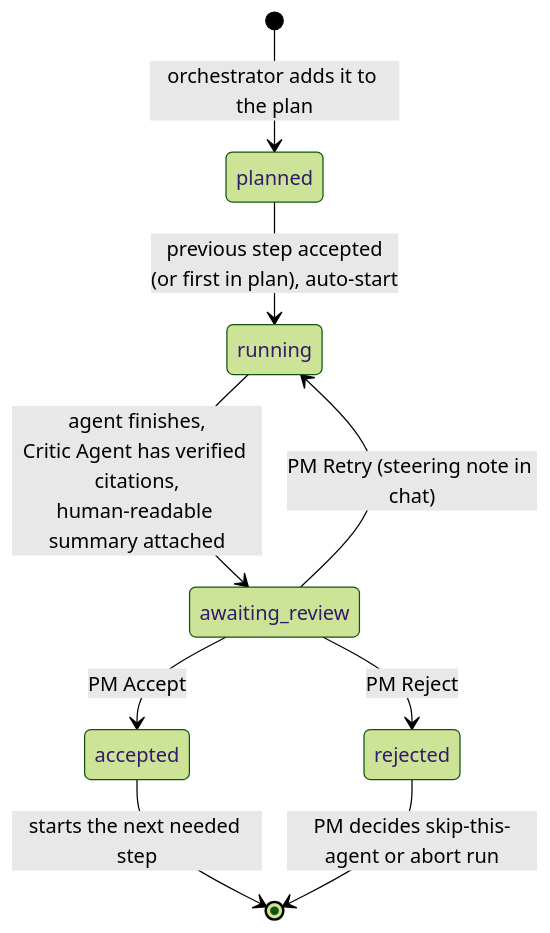
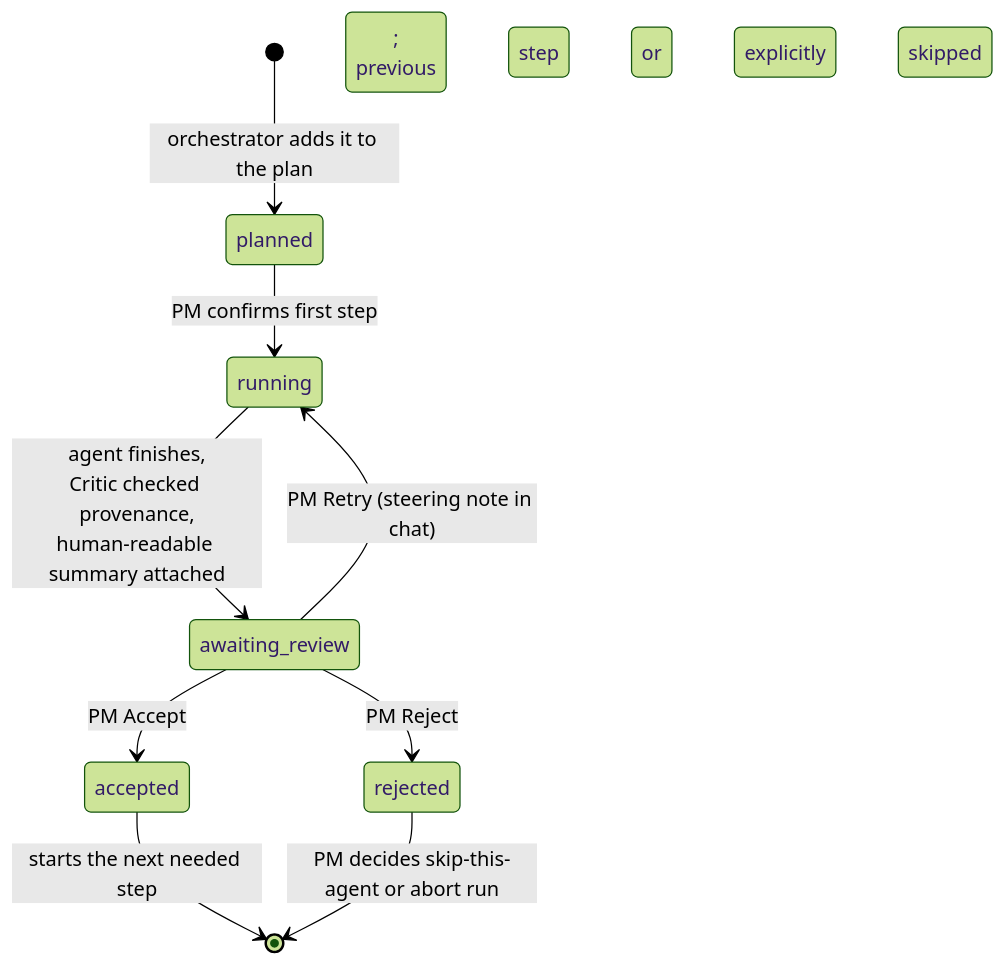
One commit to gabrielhansmann/attention_is_all_we_have changed the first of 2 diagrams in docs/architecture/02-orchestration-and-human-in-the-loop.md. Above: the diagram before and after it, drawn with Mermaid (forest theme). The commit also changed other lines of this file and 101 other files, not shown here.

````diff
--- a/docs/architecture/02-orchestration-and-human-in-the-loop.md
+++ b/docs/architecture/02-orchestration-and-human-in-the-loop.md
@@ -81,11 +87,11 @@
 ```mermaid
 stateDiagram-v2
     [*] --> planned: orchestrator adds it to the plan
-    planned --> running: previous step accepted<br/>(or first in plan), auto-start
-    running --> awaiting_review: agent finishes,<br/>Critic Agent has verified citations,<br/>human-readable summary attached
+    planned --> running: PM confirms first step;<br/>previous step accepted or explicitly skipped
+    running --> awaiting_review: agent finishes,<br/>Critic checked provenance,<br/>human-readable summary attached
     awaiting_review --> accepted: PM Accept
     awaiting_review --> running: PM Retry (steering note in chat)
     awaiting_review --> rejected: PM Reject
     accepted --> [*]: starts the next needed step
     rejected --> [*]: PM decides skip-this-agent or abort run
 ```
````
